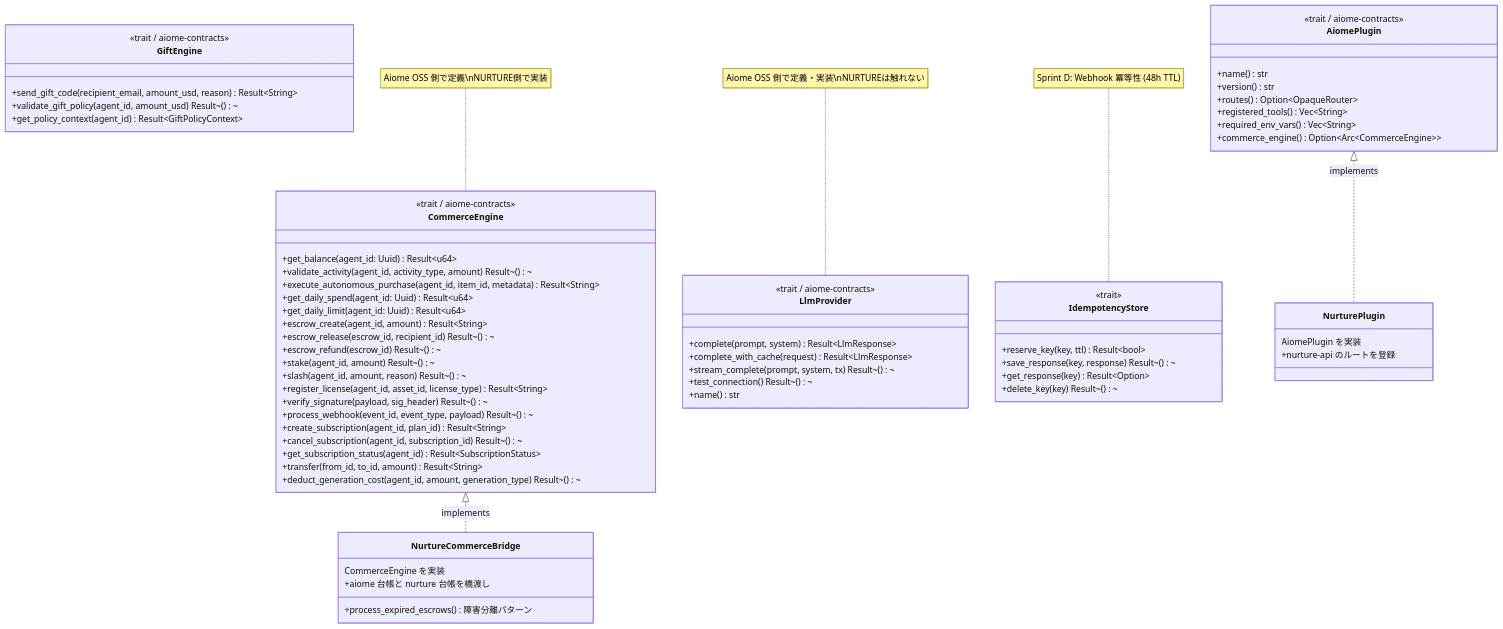
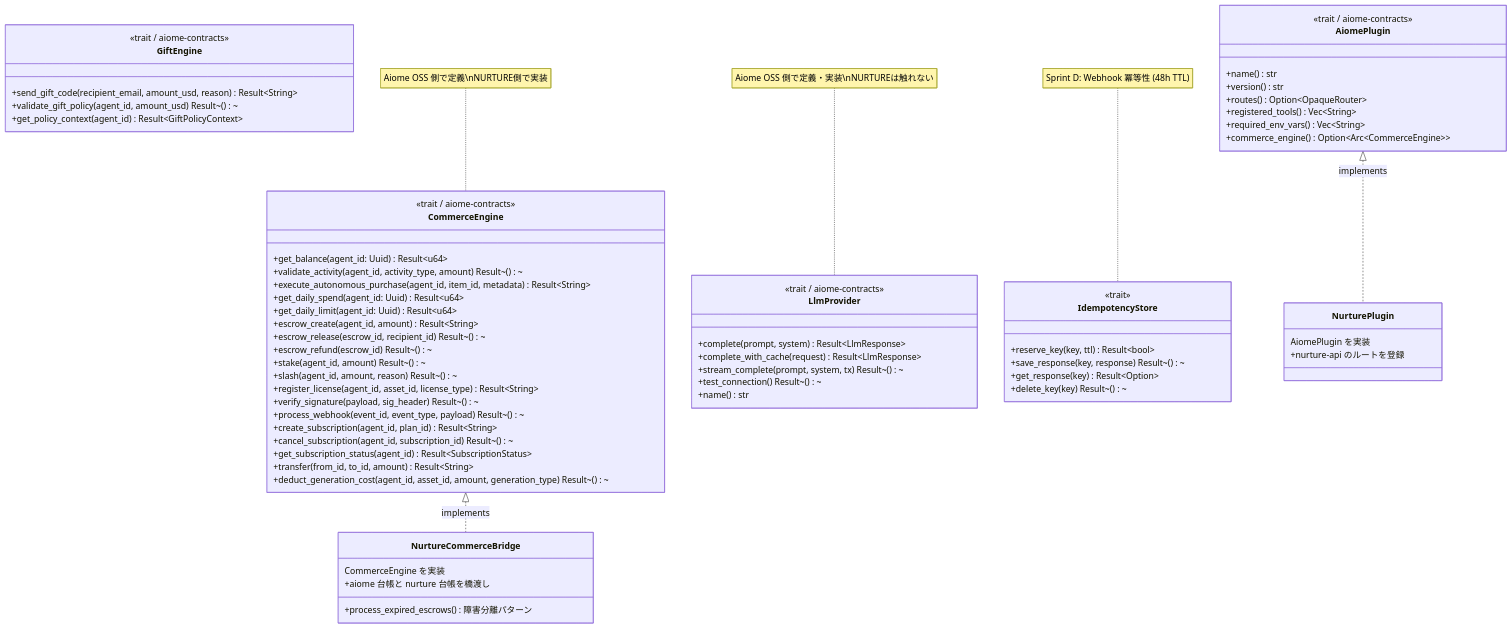
One commit to for4xex-droid/modular-open-claw changed the ninth of 11 diagrams in docs/architecture/AIOME_NURTURE_SYNERGY.md. Above: the diagram before and after it, drawn with Mermaid. The commit also changed 18 other files, not shown here.

````diff
--- a/docs/architecture/AIOME_NURTURE_SYNERGY.md
+++ b/docs/architecture/AIOME_NURTURE_SYNERGY.md
@@ -600,76 +600,76 @@
 ```mermaid
 classDiagram
     class CommerceEngine {
         <<trait / aiome-contracts>>
         +get_balance(agent_id: Uuid) Result~u64~
         +validate_activity(agent_id, activity_type, amount) Result~()~
         +execute_autonomous_purchase(agent_id, item_id, metadata) Result~String~
         +get_daily_spend(agent_id: Uuid) Result~u64~
         +get_daily_limit(agent_id: Uuid) Result~u64~
         +escrow_create(agent_id, amount) Result~String~
         +escrow_release(escrow_id, recipient_id) Result~()~
         +escrow_refund(escrow_id) Result~()~
         +stake(agent_id, amount) Result~()~
         +slash(agent_id, amount, reason) Result~()~
         +register_license(agent_id, asset_id, license_type) Result~String~
         +verify_signature(payload, sig_header) Result~()~
         +process_webhook(event_id, event_type, payload) Result~()~
         +create_subscription(agent_id, plan_id) Result~String~
         +cancel_subscription(agent_id, subscription_id) Result~()~
         +get_subscription_status(agent_id) Result~SubscriptionStatus~
         +transfer(from_id, to_id, amount) Result~String~
-        +deduct_generation_cost(agent_id, amount, generation_type) Result~()~
+        +deduct_generation_cost(agent_id, asset_id, amount, generation_type) Result~()~
     }
 
     class GiftEngine {
         <<trait / aiome-contracts>>
         +send_gift_code(recipient_email, amount_usd, reason) Result~String~
         +validate_gift_policy(agent_id, amount_usd) Result~()~
         +get_policy_context(agent_id) Result~GiftPolicyContext~
     }
 
     class AiomePlugin {
         <<trait / aiome-contracts>>
         +name() str
         +version() str
         +routes() Option~OpaqueRouter~
         +registered_tools() Vec~String~
         +required_env_vars() Vec~String~
         +commerce_engine() Option~Arc~CommerceEngine~~
     }
 
     class LlmProvider {
         <<trait / aiome-contracts>>
         +complete(prompt, system) Result~LlmResponse~
         +complete_with_cache(request) Result~LlmResponse~
         +stream_complete(prompt, system, tx) Result~()~
         +test_connection() Result~()~
         +name() str
     }
 
     class NurtureCommerceBridge {
         CommerceEngine を実装
         +aiome 台帳と nurture 台帳を橋渡し
         +process_expired_escrows() 障害分離パターン
     }
 
     class IdempotencyStore {
         <<trait>>
         +reserve_key(key, ttl) Result~bool~
         +save_response(key, response) Result~()~
         +get_response(key) Result~Option~
         +delete_key(key) Result~()~
     }
 
     class NurturePlugin {
         AiomePlugin を実装
         +nurture-api のルートを登録
     }
 
     CommerceEngine <|.. NurtureCommerceBridge : implements
     AiomePlugin <|.. NurturePlugin : implements
 
     note for CommerceEngine "Aiome OSS 側で定義\nNURTURE側で実装"
     note for LlmProvider "Aiome OSS 側で定義・実装\nNURTUREは触れない"
     note for IdempotencyStore "Sprint D: Webhook 冪等性 (48h TTL)"
 ```
````
